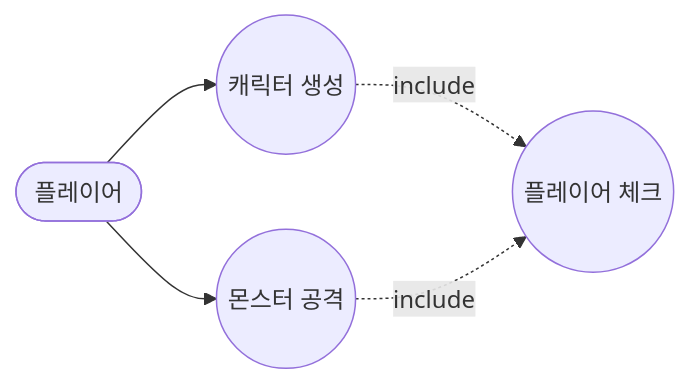
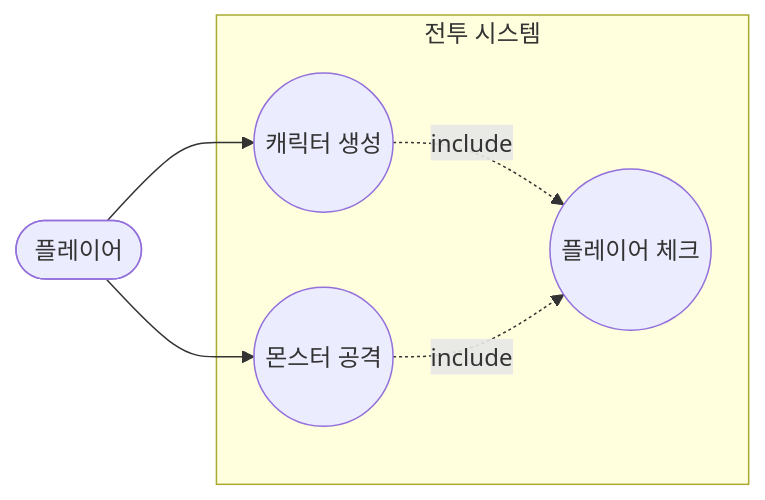
Before and after one commit to Soobin-Choi22/DnF_Battle_C_03: the diagram in UseCaseDiagram.md, drawn with Mermaid.

Commit message:
add: 시스템 바운더리 추가

````diff
--- a/UseCaseDiagram.md
+++ b/UseCaseDiagram.md
@@ -3,15 +3,19 @@
 ```mermaid
 flowchart LR
 
     Player([플레이어])
 
-    UC_Create((캐릭터 생성))
-    UC_Attack((몬스터 공격))
-    UC_Check((플레이어 체크))
+    subgraph SYSTEM["전투 시스템"]
+    
+        UC_Create((캐릭터 생성))
+        UC_Attack((몬스터 공격))
+        UC_Check((플레이어 체크))
+
+        UC_Create -. include .-> UC_Check
+        UC_Attack -. include .-> UC_Check
+
+    end
 
     Player --> UC_Create
     Player --> UC_Attack
-
-    UC_Create -. include .-> UC_Check
-    UC_Attack -. include .-> UC_Check
 ```
````
